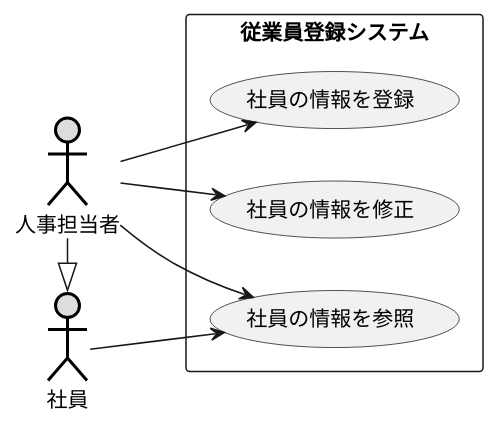
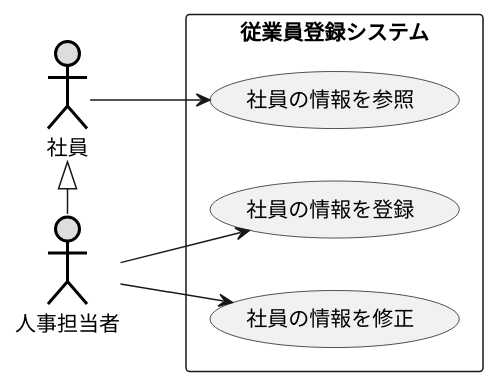
The diagram in 演習2-6_盛岡システム_従業員登録システム.pu (Takhshi/uml-introduction), drawn with PlantUML before and after one commit.

Commit message:
演習2-6の修正

```diff
--- a/演習2-6_盛岡システム_従業員登録システム.pu
+++ b/演習2-6_盛岡システム_従業員登録システム.pu
@@ -1,15 +1,14 @@
 @startuml 演習2-6
 left to right direction
 actor 人事担当者 #DDDDDD;line:black;line.bold;
 actor 社員 #DDDDDD;line:black;line.bold;
 rectangle 従業員登録システム {
 usecase 社員の情報を登録
 usecase 社員の情報を修正
 usecase 社員の情報を参照
 }
 社員 --> 社員の情報を参照
-人事担当者 --> 社員の情報を参照
 人事担当者 --> 社員の情報を登録
 人事担当者 --> 社員の情報を修正
-人事担当者 -|> 社員
+社員 <|- 人事担当者
 @enduml
```
